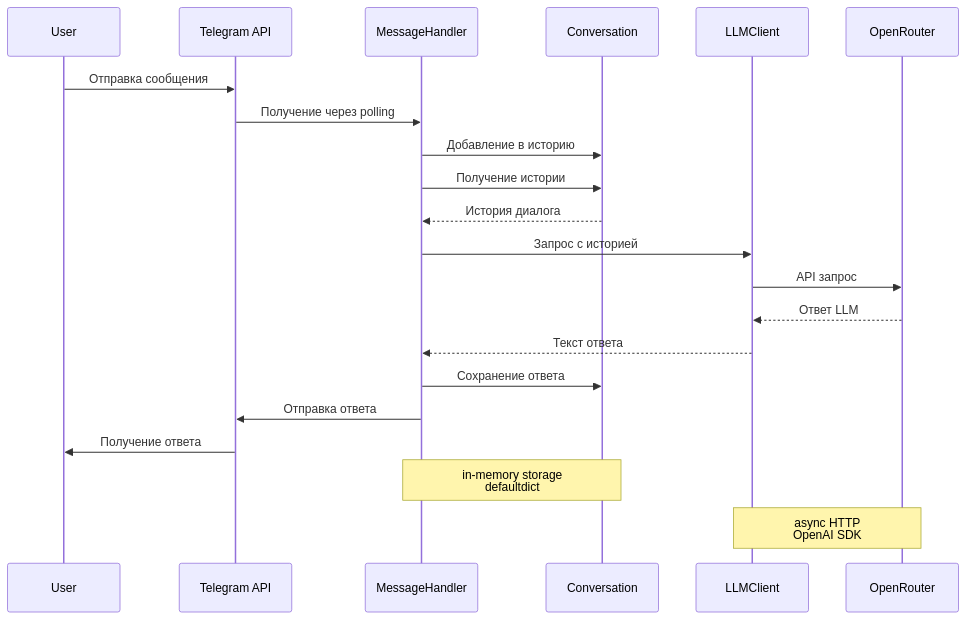
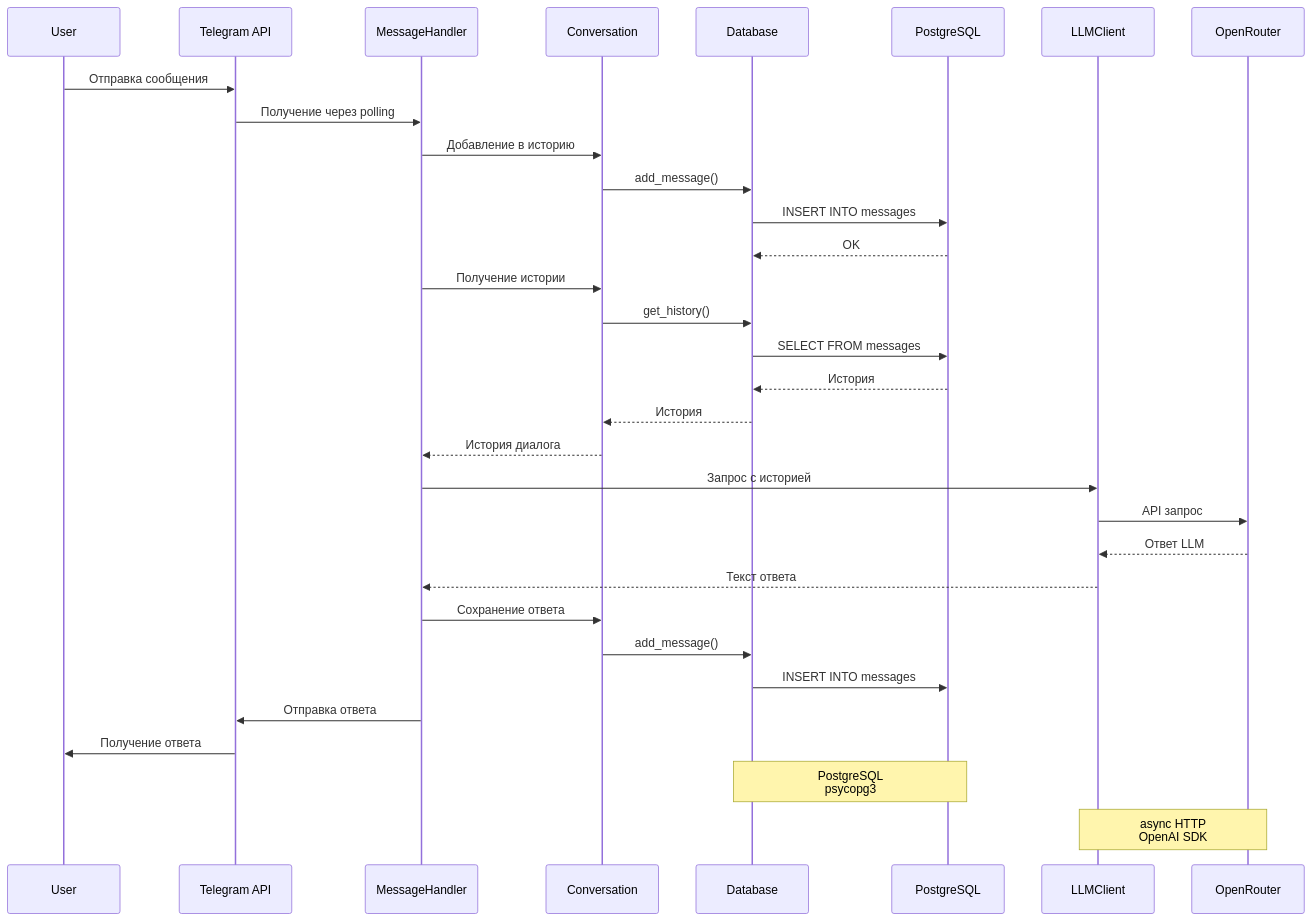
One commit to Eugene-D-evelop/systech-aidd changed the second of 4 diagrams in docs/guides/02_ARCHITECTURE_OVERVIEW.md. Above: the diagram before and after it, drawn with Mermaid. The commit also changed other lines of this file and 13 other files, not shown here.

First line of the commit message:
docs: обновление документации после миграции на PostgreSQL

````diff
--- a/docs/guides/02_ARCHITECTURE_OVERVIEW.md
+++ b/docs/guides/02_ARCHITECTURE_OVERVIEW.md
@@ -73,25 +78,36 @@
 ```mermaid
 sequenceDiagram
     participant U as User
     participant T as Telegram API
     participant H as MessageHandler
     participant C as Conversation
+    participant DB as Database
+    participant PG as PostgreSQL
     participant L as LLMClient
     participant O as OpenRouter
 
     U->>T: Отправка сообщения
     T->>H: Получение через polling
     H->>C: Добавление в историю
+    C->>DB: add_message()
+    DB->>PG: INSERT INTO messages
+    PG-->>DB: OK
     H->>C: Получение истории
+    C->>DB: get_history()
+    DB->>PG: SELECT FROM messages
+    PG-->>DB: История
+    DB-->>C: История
     C-->>H: История диалога
     H->>L: Запрос с историей
     L->>O: API запрос
     O-->>L: Ответ LLM
     L-->>H: Текст ответа
     H->>C: Сохранение ответа
+    C->>DB: add_message()
+    DB->>PG: INSERT INTO messages
     H->>T: Отправка ответа
     T->>U: Получение ответа
     
-    Note over H,C: in-memory storage<br/>defaultdict
+    Note over DB,PG: PostgreSQL<br/>psycopg3
     Note over L,O: async HTTP<br/>OpenAI SDK
 ```
````
